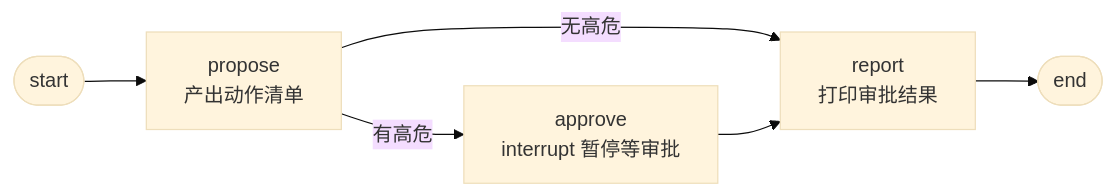
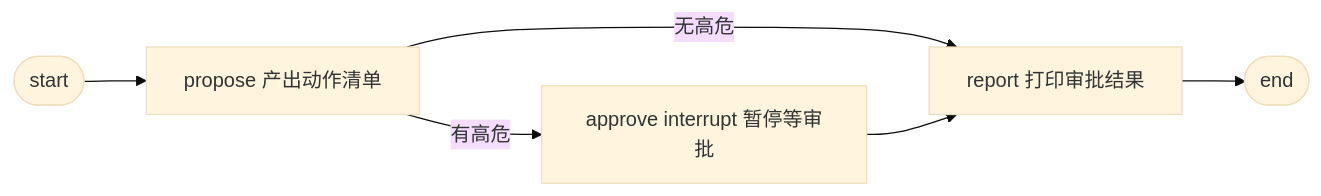
The second of 2 diagrams in 02-hitl/README.md (wanghesong2019/langgraph-in-action), drawn with Mermaid (base theme) before and after one commit. The commit also changed 1 other file, not shown here.

Commit message:
fix: mermaid 兼容掘金（flowchart→graph、去掉 ~~~/<br/>/圈号）

````diff
--- a/02-hitl/README.md
+++ b/02-hitl/README.md
@@ -106,8 +106,8 @@
 ```mermaid
-flowchart LR
-    START([start]) --> propose[propose<br/>产出动作清单]
-    propose -->|有高危| approve[approve<br/>interrupt 暂停等审批]
-    propose -->|无高危| report[report<br/>打印审批结果]
+graph LR
+    START([start]) --> propose[propose 产出动作清单]
+    propose -->|有高危| approve[approve interrupt 暂停等审批]
+    propose -->|无高危| report[report 打印审批结果]
     approve --> report
     report --> END([end])
 ```
````
